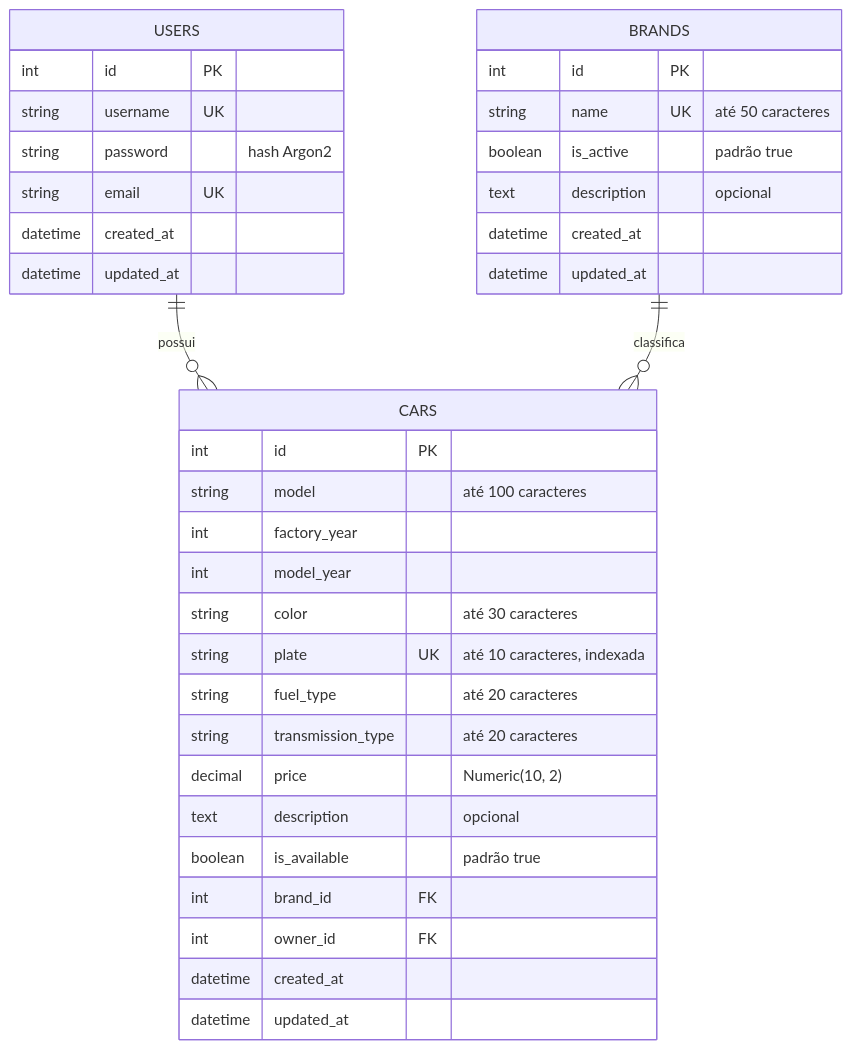
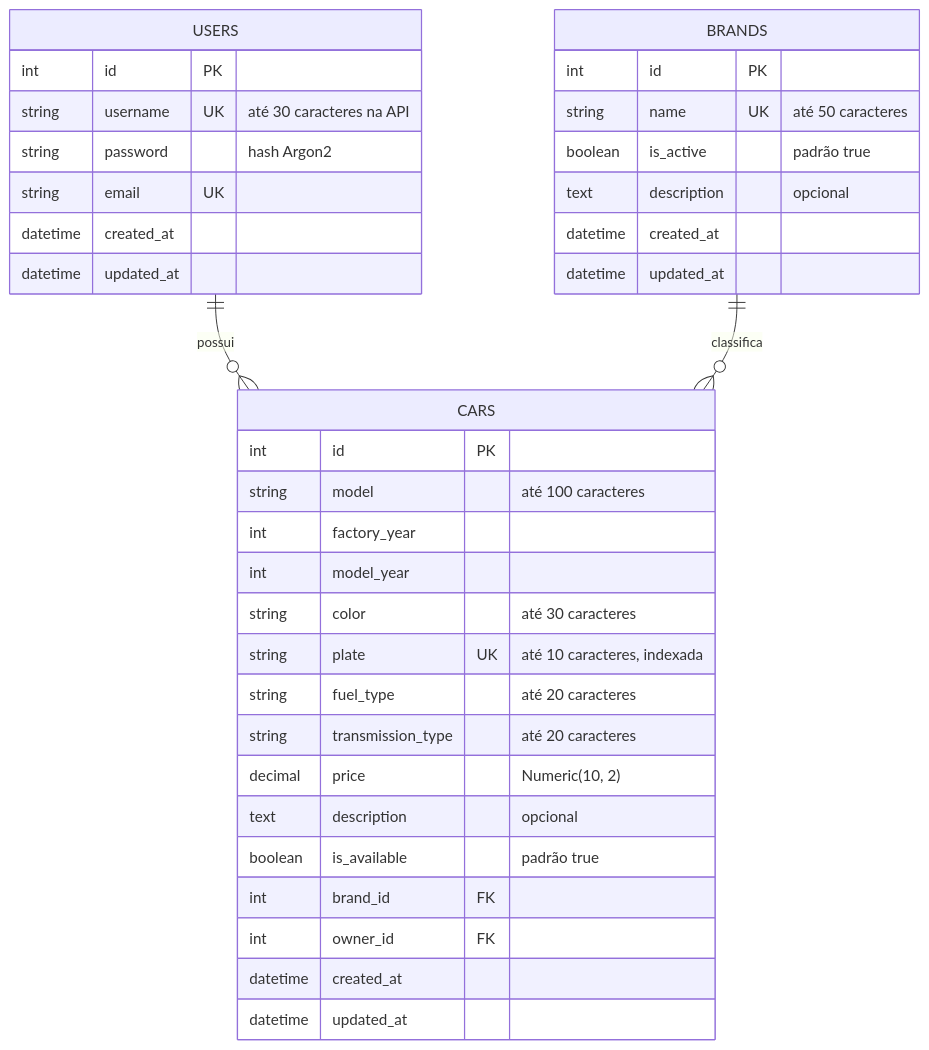
One commit to LeonardoAlmeidaGit/car-api changed the first of 10 diagrams in docs/system-modeling.md. Above: the diagram before and after it, drawn with Mermaid. The commit also changed other lines of this file and 3 other files, not shown here.

````diff
--- a/docs/system-modeling.md
+++ b/docs/system-modeling.md
@@ -5,41 +5,41 @@
 ```mermaid
 erDiagram
     USERS ||--o{ CARS : "possui"
     BRANDS ||--o{ CARS : "classifica"
 
     USERS {
         int id PK
-        string username UK
+        string username UK "até 30 caracteres na API"
         string password "hash Argon2"
         string email UK
         datetime created_at
         datetime updated_at
     }
 
     BRANDS {
         int id PK
         string name UK "até 50 caracteres"
         boolean is_active "padrão true"
         text description "opcional"
         datetime created_at
         datetime updated_at
     }
 
     CARS {
         int id PK
         string model "até 100 caracteres"
         int factory_year
         int model_year
         string color "até 30 caracteres"
         string plate UK "até 10 caracteres, indexada"
         string fuel_type "até 20 caracteres"
         string transmission_type "até 20 caracteres"
         decimal price "Numeric(10, 2)"
         text description "opcional"
         boolean is_available "padrão true"
         int brand_id FK
         int owner_id FK
         datetime created_at
         datetime updated_at
     }
 ```
````
